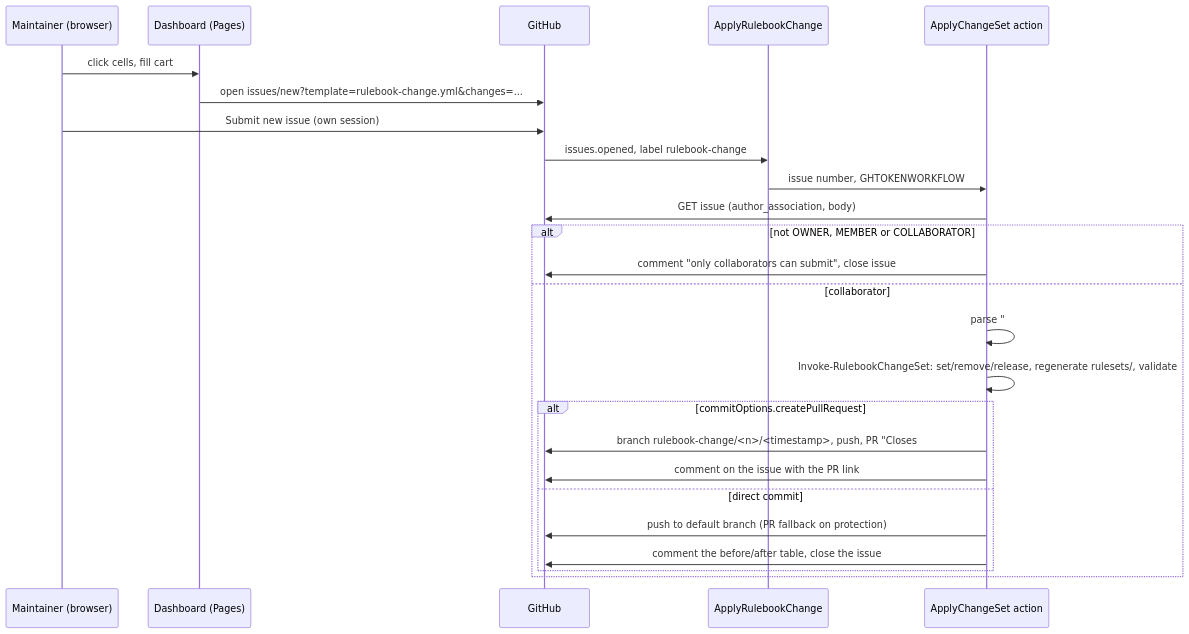
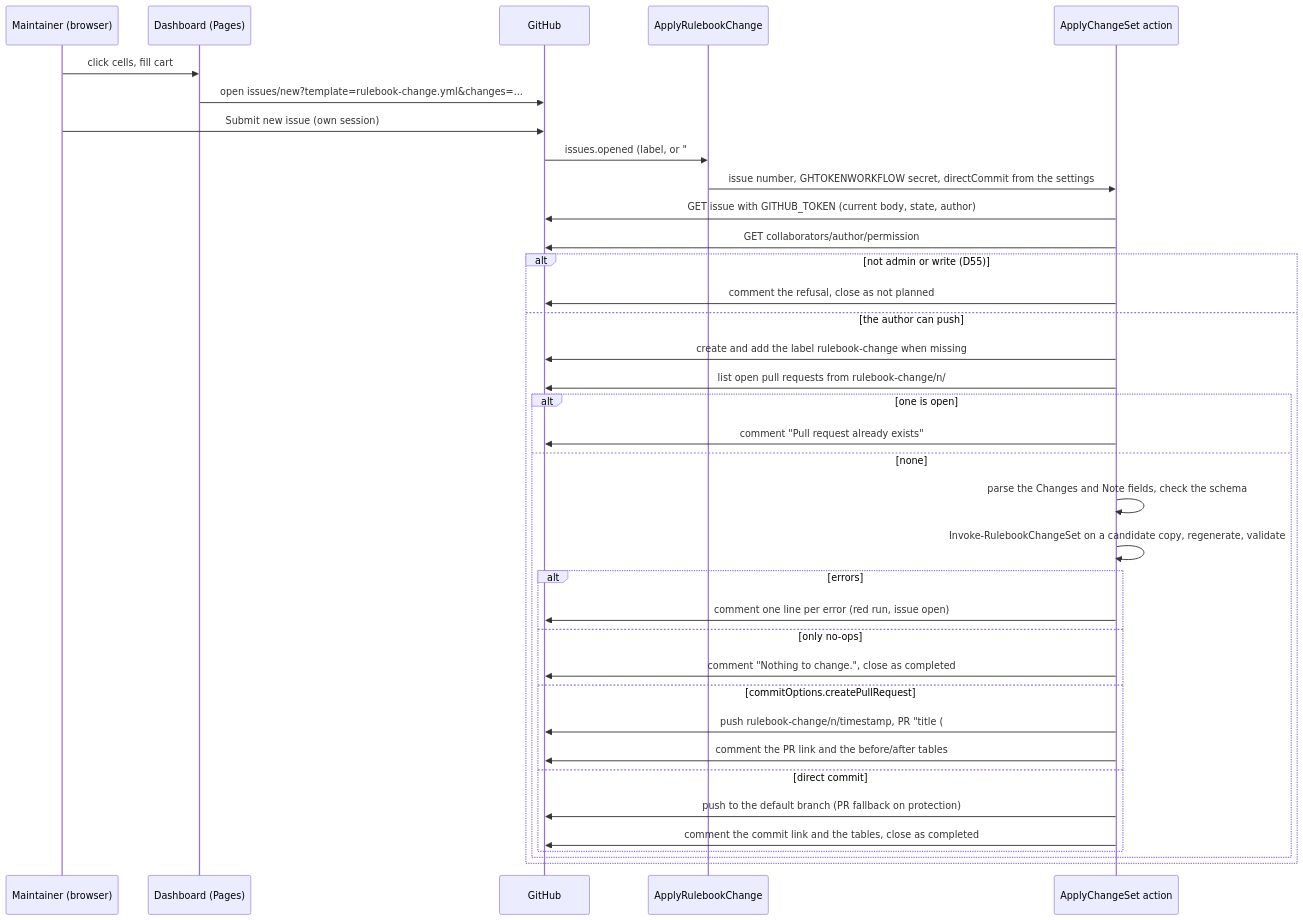
Before and after one commit to ALCops/rulebook-engine: the diagram in docs/dashboard.md, drawn with Mermaid. The commit also changed other lines of this file and 2 other files, not shown here.

First line of the commit message:
Template, Update, dashboard.md: the shipped Apply Rulebook Change workflow

````diff
--- a/docs/dashboard.md
+++ b/docs/dashboard.md
@@ -341,27 +380,38 @@
 ```mermaid
 sequenceDiagram
     participant U as Maintainer (browser)
     participant S as Dashboard (Pages)
     participant GH as GitHub
     participant WF as ApplyRulebookChange
     participant A as ApplyChangeSet action
     U->>S: click cells, fill cart
     S->>GH: open issues/new?template=rulebook-change.yml&changes=...
     U->>GH: Submit new issue (own session)
-    GH->>WF: issues.opened, label rulebook-change
-    WF->>A: issue number, GHTOKENWORKFLOW
-    A->>GH: GET issue (author_association, body)
-    alt not OWNER, MEMBER or COLLABORATOR
-        A->>GH: comment "only collaborators can submit", close issue
-    else collaborator
-        A->>A: parse "### Changes" block, validate against schema, catalog, settings
-        A->>A: Invoke-RulebookChangeSet: set/remove/release, regenerate rulesets/, validate
-        alt commitOptions.createPullRequest
-            A->>GH: branch rulebook-change/<n>/<timestamp>, push, PR "Closes #<n>" with before/after table
-            A->>GH: comment on the issue with the PR link
-        else direct commit
-            A->>GH: push to default branch (PR fallback on protection)
-            A->>GH: comment the before/after table, close the issue
+    GH->>WF: issues.opened (label, or "### Changes" in the body)
+    WF->>A: issue number, GHTOKENWORKFLOW secret, directCommit from the settings
+    A->>GH: GET issue with GITHUB_TOKEN (current body, state, author)
+    A->>GH: GET collaborators/author/permission
+    alt not admin or write (D55)
+        A->>GH: comment the refusal, close as not planned
+    else the author can push
+        A->>GH: create and add the label rulebook-change when missing
+        A->>GH: list open pull requests from rulebook-change/n/
+        alt one is open
+            A->>GH: comment "Pull request already exists"
+        else none
+            A->>A: parse the Changes and Note fields, check the schema
+            A->>A: Invoke-RulebookChangeSet on a candidate copy, regenerate, validate
+            alt errors
+                A->>GH: comment one line per error (red run, issue open)
+            else only no-ops
+                A->>GH: comment "Nothing to change.", close as completed
+            else commitOptions.createPullRequest
+                A->>GH: push rulebook-change/n/timestamp, PR "title (#n)" ending in "Closes #n"
+                A->>GH: comment the PR link and the before/after tables
+            else direct commit
+                A->>GH: push to the default branch (PR fallback on protection)
+                A->>GH: comment the commit link and the tables, close as completed
+            end
         end
     end
 ```
````
